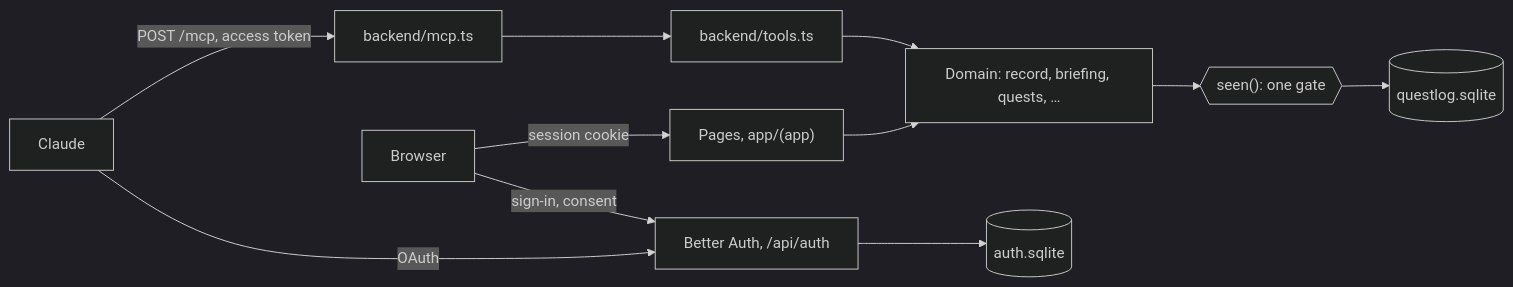
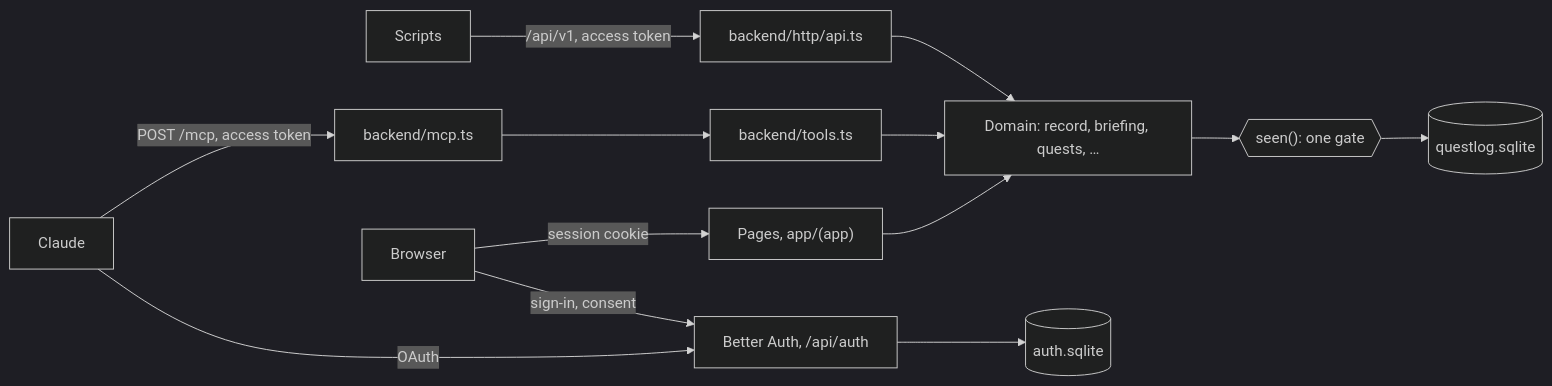
The first of 2 diagrams in docs/internals/how-it-works.md (Marceltov/questlog), drawn with Mermaid (dark theme) before and after one commit. The commit also changed other lines of this file and 26 other files, not shown here.

````diff
--- a/docs/internals/how-it-works.md
+++ b/docs/internals/how-it-works.md
@@ -5,13 +5,15 @@
 ```mermaid
 flowchart LR
   claude["Claude"] -- "POST /mcp, access token" --> mcp["backend/mcp.ts"]
   browser["Browser"] -- "session cookie" --> pages["Pages, app/(app)"]
   browser -- "sign-in, consent" --> auth["Better Auth, /api/auth"]
   claude -- "OAuth" --> auth
+  script["Scripts"] -- "/api/v1, access token" --> api["backend/http/api.ts"]
   mcp --> tools["backend/tools.ts"]
+  api --> domain
   tools --> domain["Domain: record, briefing, quests, …"]
   pages --> domain
   domain --> gate{{"seen(): one gate"}}
   gate --> log[("questlog.sqlite")]
   auth --> authdb[("auth.sqlite")]
 ```
````
